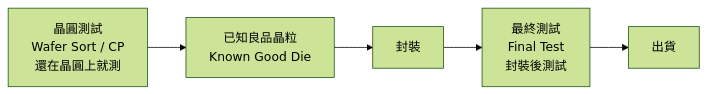
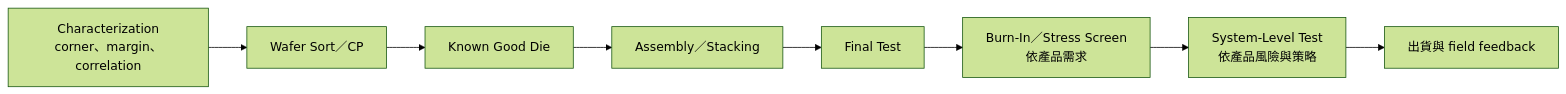
Before and after one commit to wizardhsiehcom/book: the diagram in docs/semi-jobs/16-test.md, drawn with Mermaid (forest theme). The commit also changed other lines of this file and 31 other files, not shown here.

````diff
--- a/docs/semi-jobs/16-test.md
+++ b/docs/semi-jobs/16-test.md
@@ -7,5 +7,10 @@
 ```mermaid
 flowchart LR
-    WAF["晶圓測試<br/>Wafer Sort / CP<br/>還在晶圓上就測"] --> DIE["已知良品晶粒<br/>Known Good Die"]
-    DIE --> PKG["封裝"] --> FT["最終測試<br/>Final Test<br/>封裝後測試"] --> SHIP["出貨"]
+    CHAR["Characterization<br/>corner、margin、correlation"] --> WS["Wafer Sort／CP"]
+    WS --> KGD["Known Good Die"]
+    KGD --> ASM["Assembly／Stacking"]
+    ASM --> FT["Final Test"]
+    FT --> BI["Burn-In／Stress Screen<br/>依產品需求"]
+    BI --> SLT["System-Level Test<br/>依產品風險與策略"]
+    SLT --> SHIP["出貨與 field feedback"]
 ```
````
